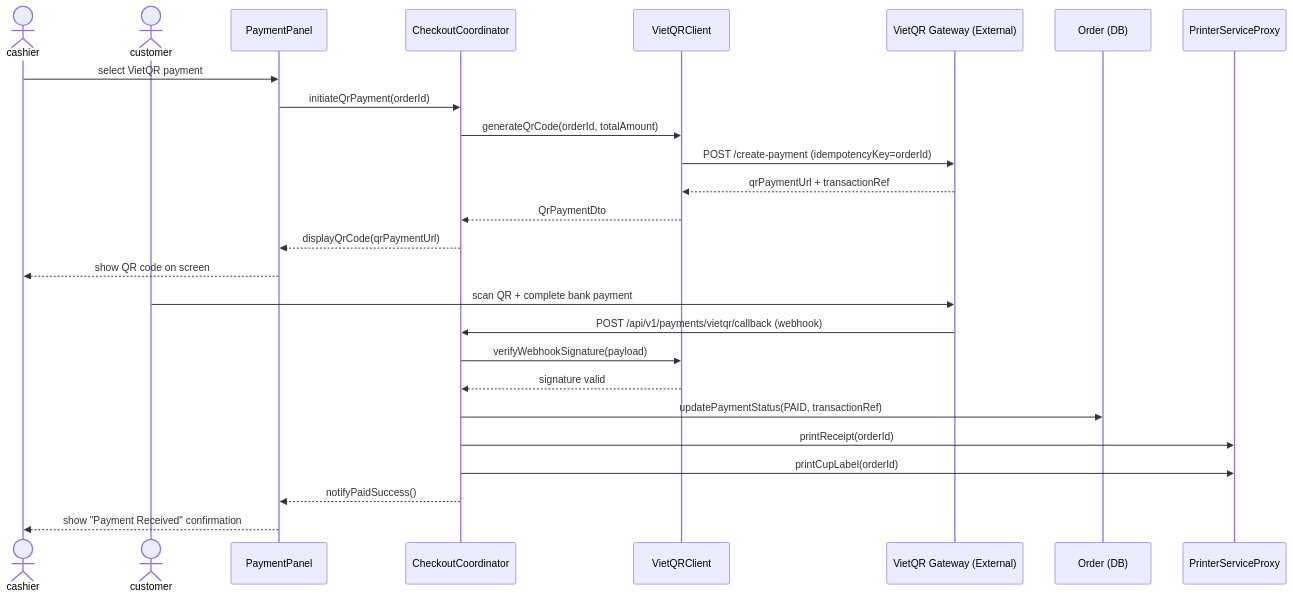
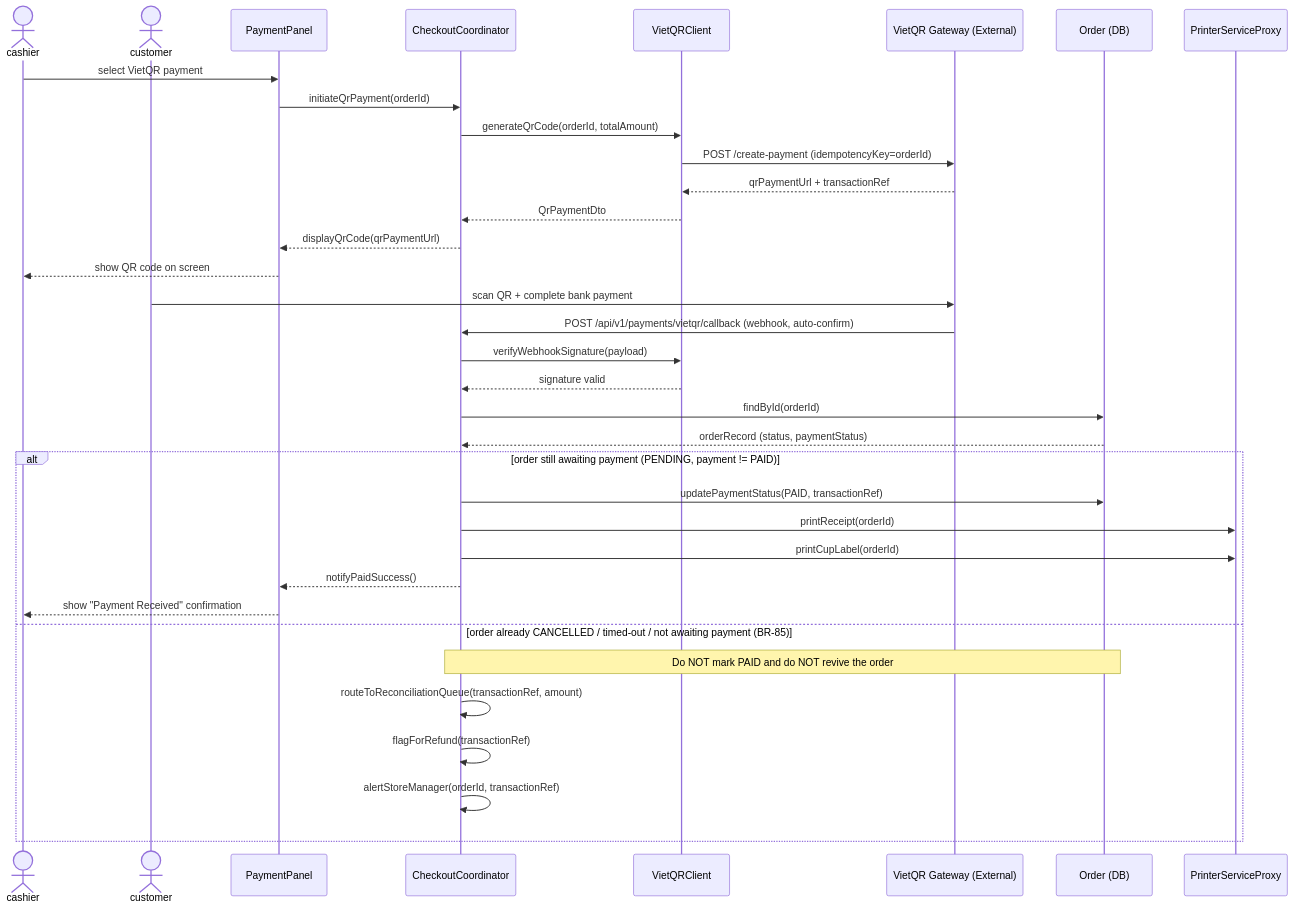
The fourth of 6 diagrams in docs/rds_sections/10_detailed_3_7_pos_transaction.md (Shaichi/khoga_cafe), drawn with Mermaid before and after one commit. The commit also changed other lines of this file and 22 other files, not shown here.

````diff
--- a/docs/rds_sections/10_detailed_3_7_pos_transaction.md
+++ b/docs/rds_sections/10_detailed_3_7_pos_transaction.md
@@ -209,30 +219,40 @@
 ```mermaid
 sequenceDiagram
     actor cashier
     actor customer
     participant PayPanel as PaymentPanel
     participant CheckoutCoord as CheckoutCoordinator
     participant VietQRClient
     participant VietQRGateway as VietQR Gateway (External)
     participant OrderDB as Order (DB)
     participant PrintSvc as PrinterServiceProxy
 
     cashier->>PayPanel: select VietQR payment
     PayPanel->>CheckoutCoord: initiateQrPayment(orderId)
     CheckoutCoord->>VietQRClient: generateQrCode(orderId, totalAmount)
     VietQRClient->>VietQRGateway: POST /create-payment (idempotencyKey=orderId)
     VietQRGateway-->>VietQRClient: qrPaymentUrl + transactionRef
     VietQRClient-->>CheckoutCoord: QrPaymentDto
     CheckoutCoord-->>PayPanel: displayQrCode(qrPaymentUrl)
     PayPanel-->>cashier: show QR code on screen
 
     customer->>VietQRGateway: scan QR + complete bank payment
-    VietQRGateway->>CheckoutCoord: POST /api/v1/payments/vietqr/callback (webhook)
+    VietQRGateway->>CheckoutCoord: POST /api/v1/payments/vietqr/callback (webhook, auto-confirm)
     CheckoutCoord->>VietQRClient: verifyWebhookSignature(payload)
     VietQRClient-->>CheckoutCoord: signature valid
-    CheckoutCoord->>OrderDB: updatePaymentStatus(PAID, transactionRef)
-    CheckoutCoord->>PrintSvc: printReceipt(orderId)
-    CheckoutCoord->>PrintSvc: printCupLabel(orderId)
-    CheckoutCoord-->>PayPanel: notifyPaidSuccess()
-    PayPanel-->>cashier: show "Payment Received" confirmation
+    CheckoutCoord->>OrderDB: findById(orderId)
+    OrderDB-->>CheckoutCoord: orderRecord (status, paymentStatus)
+
+    alt order still awaiting payment (PENDING, payment != PAID)
+        CheckoutCoord->>OrderDB: updatePaymentStatus(PAID, transactionRef)
+        CheckoutCoord->>PrintSvc: printReceipt(orderId)
+        CheckoutCoord->>PrintSvc: printCupLabel(orderId)
+        CheckoutCoord-->>PayPanel: notifyPaidSuccess()
+        PayPanel-->>cashier: show "Payment Received" confirmation
+    else order already CANCELLED / timed-out / not awaiting payment (BR-85)
+        Note over CheckoutCoord, OrderDB: Do NOT mark PAID and do NOT revive the order
+        CheckoutCoord->>CheckoutCoord: routeToReconciliationQueue(transactionRef, amount)
+        CheckoutCoord->>CheckoutCoord: flagForRefund(transactionRef)
+        CheckoutCoord->>CheckoutCoord: alertStoreManager(orderId, transactionRef)
+    end
 ```
````
